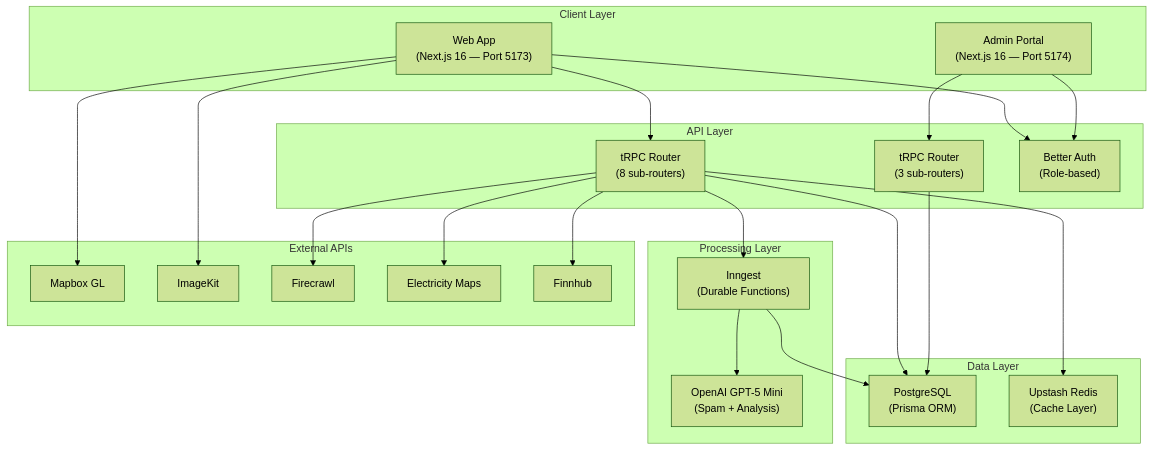
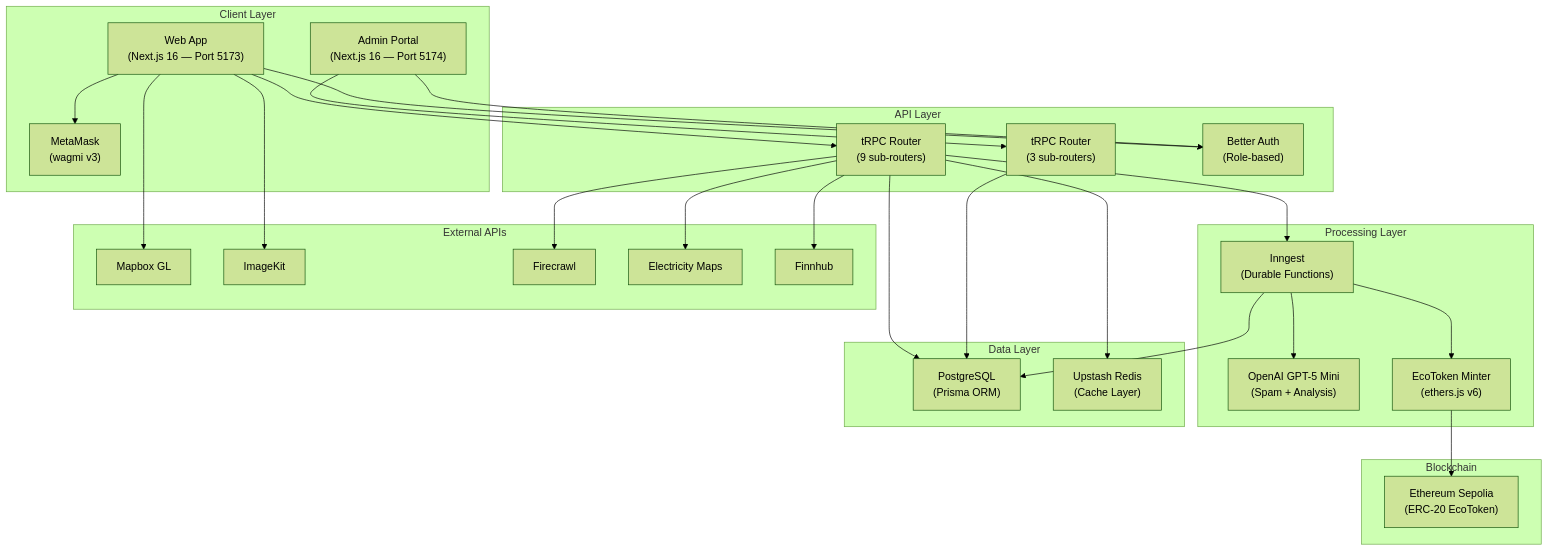
The second of 2 diagrams in README.md (nilavtalukdar06/eco-swachh), drawn with Mermaid (forest theme) before and after one commit. The commit also changed other lines of this file and 7 other files, not shown here.

````diff
--- a/README.md
+++ b/README.md
@@ -452,47 +477,56 @@
 ```mermaid
 graph TB
     subgraph "Client Layer"
         WEB["Web App<br/>(Next.js 16 — Port 5173)"]
         ADMIN["Admin Portal<br/>(Next.js 16 — Port 5174)"]
+        METAMASK["MetaMask<br/>(wagmi v3)"]
     end
 
     subgraph "API Layer"
-        TRPC1["tRPC Router<br/>(8 sub-routers)"]
+        TRPC1["tRPC Router<br/>(9 sub-routers)"]
         TRPC2["tRPC Router<br/>(3 sub-routers)"]
         AUTH["Better Auth<br/>(Role-based)"]
     end
 
     subgraph "Processing Layer"
         INNGEST["Inngest<br/>(Durable Functions)"]
         AI["OpenAI GPT-5 Mini<br/>(Spam + Analysis)"]
+        MINT["EcoToken Minter<br/>(ethers.js v6)"]
     end
 
     subgraph "Data Layer"
         PG["PostgreSQL<br/>(Prisma ORM)"]
         REDIS["Upstash Redis<br/>(Cache Layer)"]
     end
 
     subgraph "External APIs"
         MAPBOX["Mapbox GL"]
         IMAGEKIT["ImageKit"]
         FIRECRAWL["Firecrawl"]
         EMAP["Electricity Maps"]
         FINNHUB["Finnhub"]
     end
 
+    subgraph "Blockchain"
+        SEPOLIA["Ethereum Sepolia<br/>(ERC-20 EcoToken)"]
+    end
+
     WEB --> TRPC1
     WEB --> AUTH
+    WEB --> METAMASK
     ADMIN --> TRPC2
     ADMIN --> AUTH
     TRPC1 --> PG
     TRPC1 --> REDIS
     TRPC2 --> PG
     TRPC1 --> INNGEST
     INNGEST --> AI
     INNGEST --> PG
+    INNGEST --> MINT
+    MINT --> SEPOLIA
     WEB --> MAPBOX
     WEB --> IMAGEKIT
     TRPC1 --> FIRECRAWL
     TRPC1 --> EMAP
     TRPC1 --> FINNHUB
 ```
````
